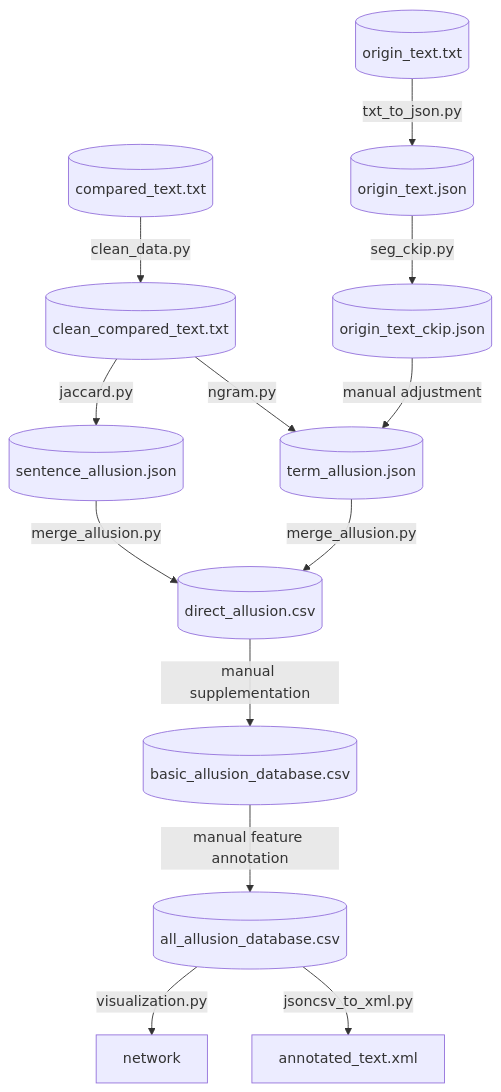
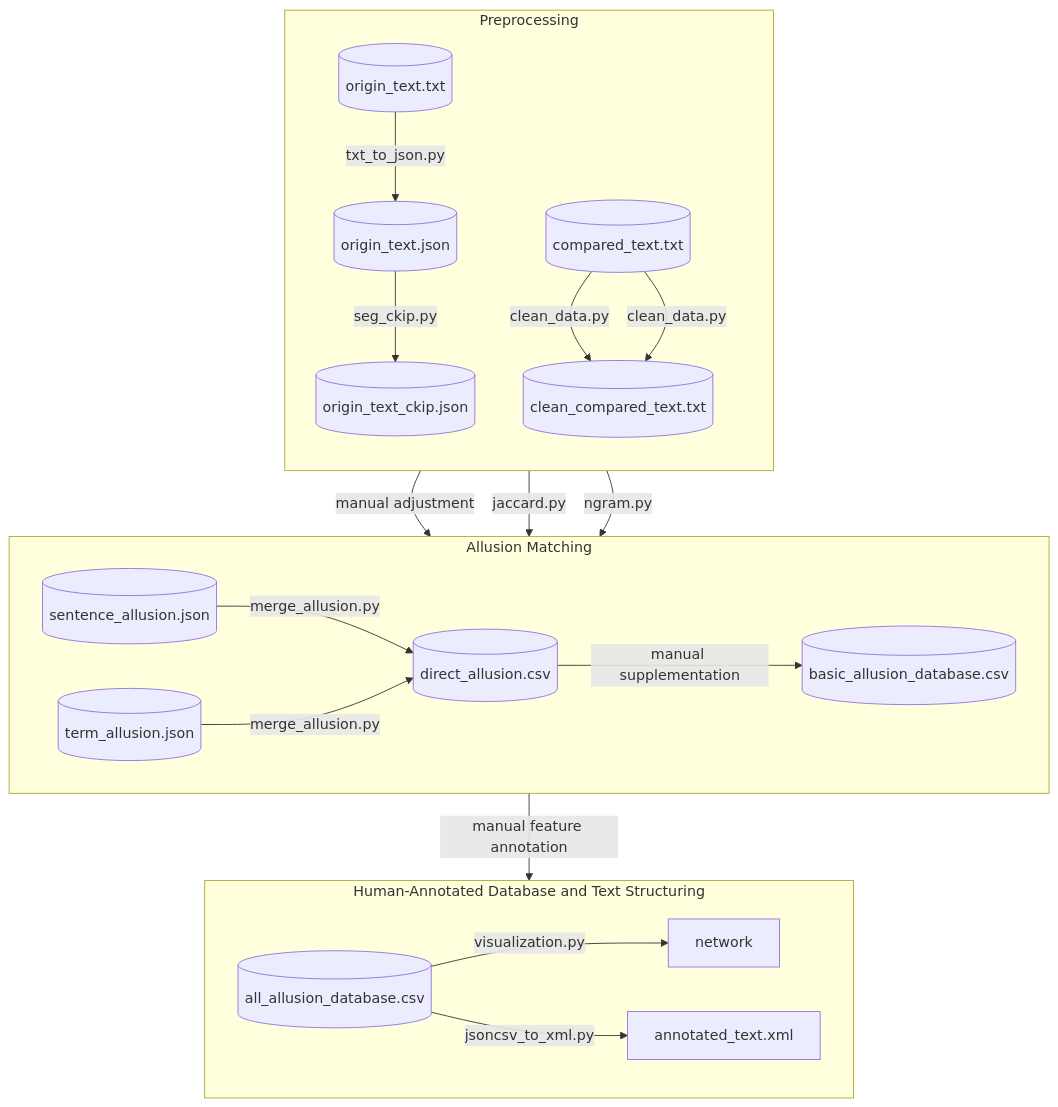
The diagram in README.md (Taoyi-Chiang/lufu_allusion), drawn with Mermaid before and after one commit.

````diff
--- a/README.md
+++ b/README.md
@@ -3,30 +3,44 @@
 ```mermaid
 graph TD
-    %% 1. 定義各個節點
+    %% 定義各個節點
     A1[(origin_text.txt)]
     A2[(compared_text.txt)]
     A3[(clean_compared_text.txt)]
     B1[(origin_text.json)]
     B2[(origin_text_ckip.json)]
     C1[(sentence_allusion.json)]
     C2[(term_allusion.json)]
     D1[(direct_allusion.csv)]
     E1[(basic_allusion_database.csv)]
     E2[(all_allusion_database.csv)]
     F1[network]
     F2[annotated_text.xml]
 
-    %% 2. 定義接點方向
-    A1-->|txt_to_json.py|B1
-    B1-->|seg_ckip.py|B2
-    B2-->|manual adjustment|C2
-    A2-->|clean_data.py|A3
-    A3-->|jaccard.py|C1
-    A3-->|ngram.py|C2
-    C1-->|merge_allusion.py|D1
-    C2-->|merge_allusion.py|D1
-    D1-->|manual supplementation|E1
-    E1-->|manual feature annotation|E2
-    E2-->|visualization.py|F1
-    E2-->|jsoncsv_to_xml.py|F2
+    %% 前處理階段
+    subgraph Preprocessing
+    direction TB
+        A1-->|txt_to_json.py|B1
+        B1-->|seg_ckip.py|B2
+        A2-->|clean_data.py|A3
+        A2-->|clean_data.py|A3
+    end
+
+    %% 比對階段
+    subgraph Allusion Matching
+    direction LR
+        B2-->|manual adjustment|C2
+        A3-->|jaccard.py|C1
+        A3-->|ngram.py|C2
+        C1-->|merge_allusion.py|D1
+        C2-->|merge_allusion.py|D1
+        D1-->|manual supplementation|E1
+    end
+
+    %% 標記階段
+    subgraph Human-Annotated Database and Text Structuring
+    direction LR
+        E1-->|manual feature annotation|E2
+        E2-->|visualization.py|F1
+        E2-->|jsoncsv_to_xml.py|F2
+    end
 ```
````
